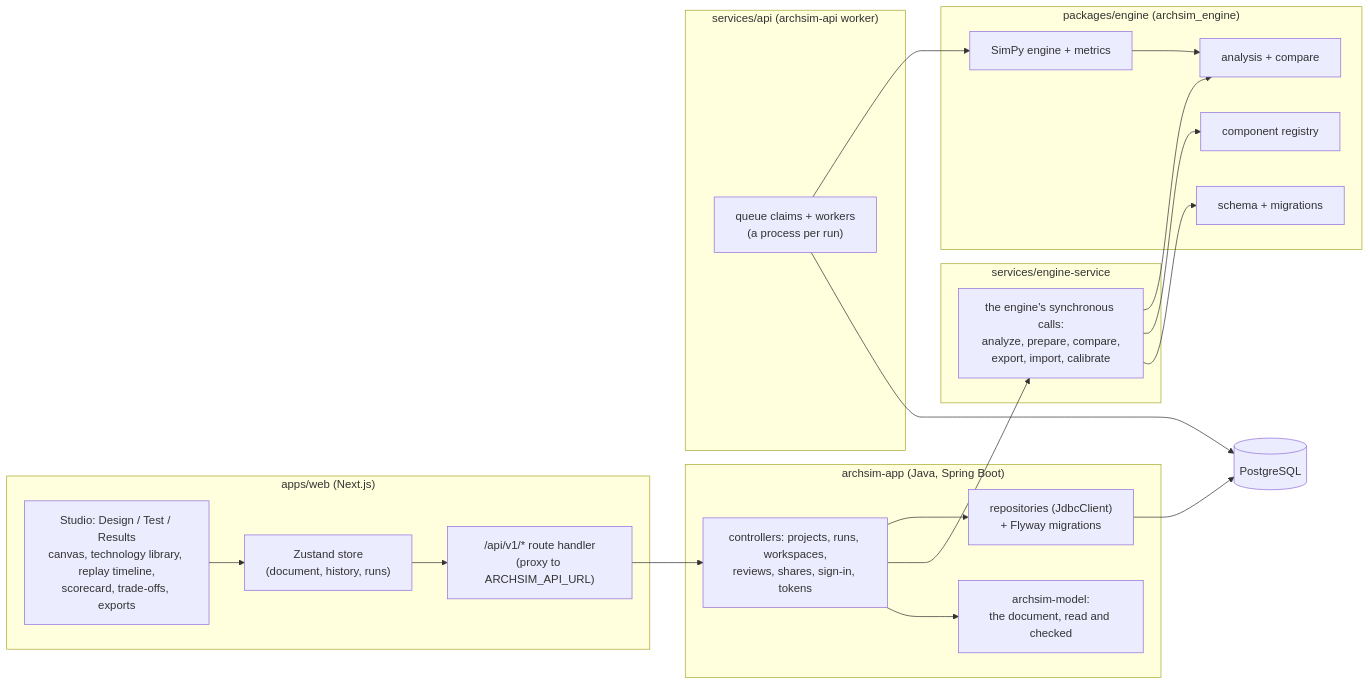
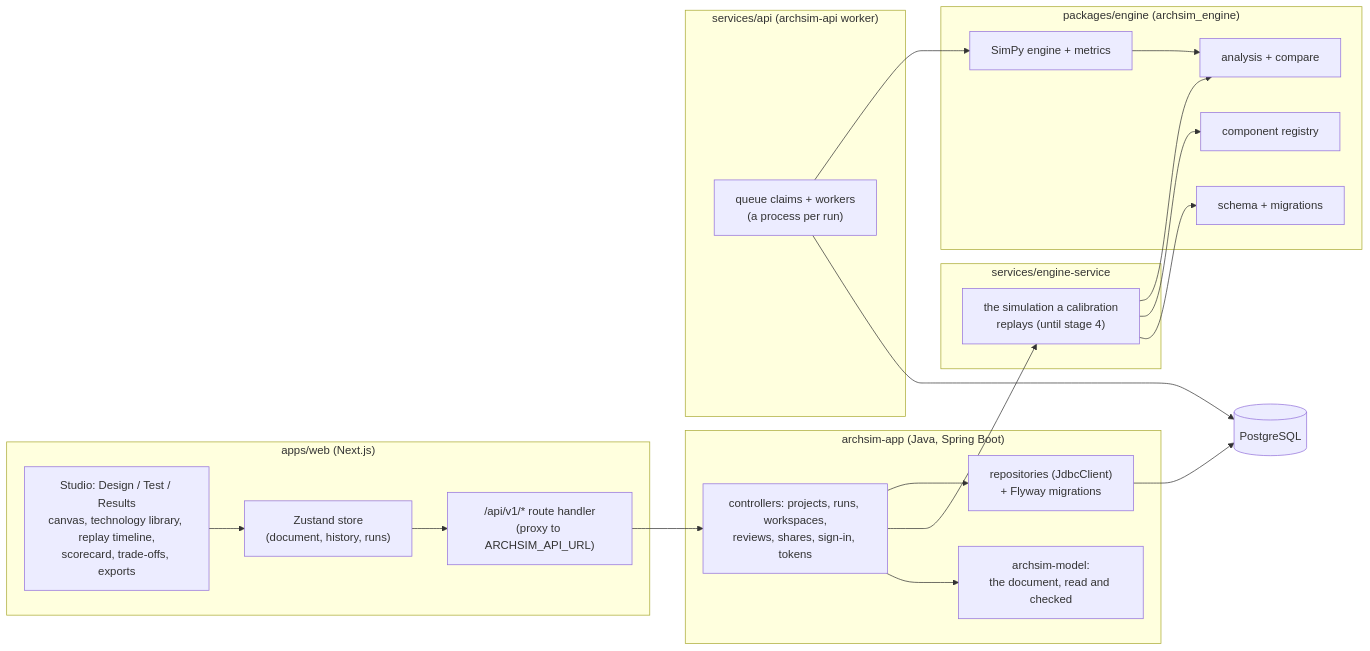
The first of 2 diagrams in docs/architecture.md (dante0747/archsim), drawn with Mermaid before and after one commit. The commit also changed other lines of this file and 52 other files, not shown here.

````diff
--- a/docs/architecture.md
+++ b/docs/architecture.md
@@ -7,36 +7,36 @@
 ```mermaid
 flowchart LR
   subgraph web["apps/web (Next.js)"]
     UI["Studio: Design / Test / Results<br/>canvas, technology library, replay timeline,<br/>scorecard, trade-offs, exports"]
     Store["Zustand store<br/>(document, history, runs)"]
     Proxy["/api/v1/* route handler<br/>(proxy to ARCHSIM_API_URL)"]
   end
   subgraph api["archsim-app (Java, Spring Boot)"]
     Controllers["controllers: projects, runs, workspaces,<br/>reviews, shares, sign-in, tokens"]
     Model["archsim-model:<br/>the document, read and checked"]
     Repos["repositories (JdbcClient)<br/>+ Flyway migrations"]
   end
   subgraph engsvc["services/engine-service"]
-    Sync["the engine's synchronous calls:<br/>analyze, prepare, compare,<br/>export, import, calibrate"]
+    Sync["the simulation a calibration<br/>replays (until stage 4)"]
   end
   subgraph workers["services/api (archsim-api worker)"]
     Jobs["queue claims + workers<br/>(a process per run)"]
   end
   subgraph engine["packages/engine (archsim_engine)"]
     Schema["schema + migrations"]
     Registry["component registry"]
     Sim["SimPy engine + metrics"]
     Analysis["analysis + compare"]
   end
   DB[("PostgreSQL")]
   UI --> Store --> Proxy --> Controllers
   Controllers --> Model
   Controllers --> Sync
   Controllers --> Repos --> DB
   Sync --> Schema
   Sync --> Registry
   Sync --> Analysis
   Jobs --> DB
   Jobs --> Sim
   Sim --> Analysis
 ```
````
